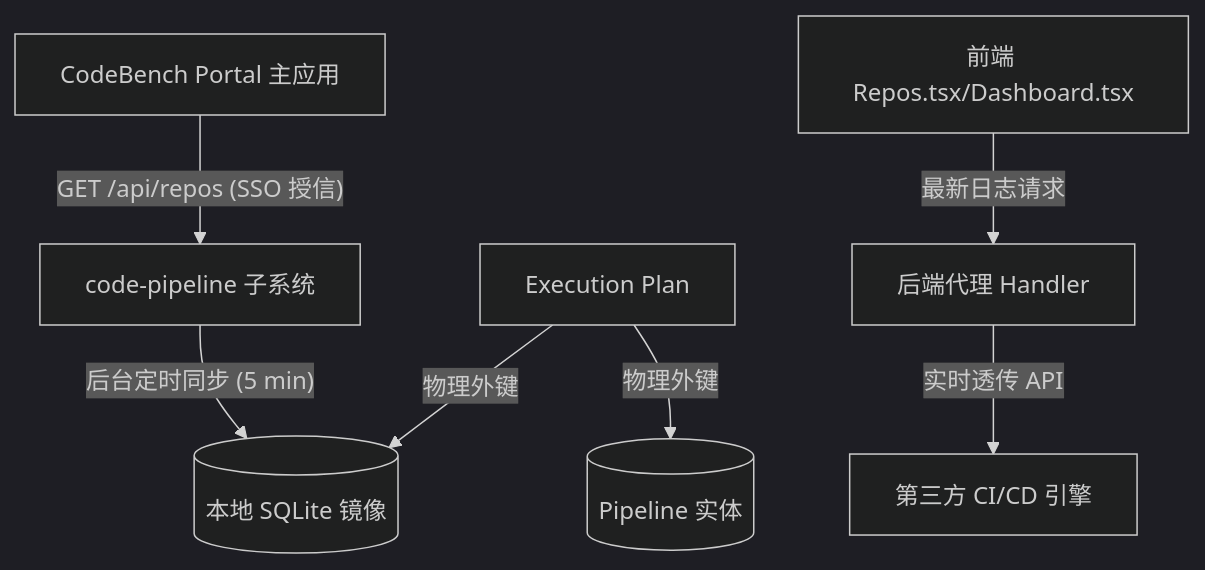
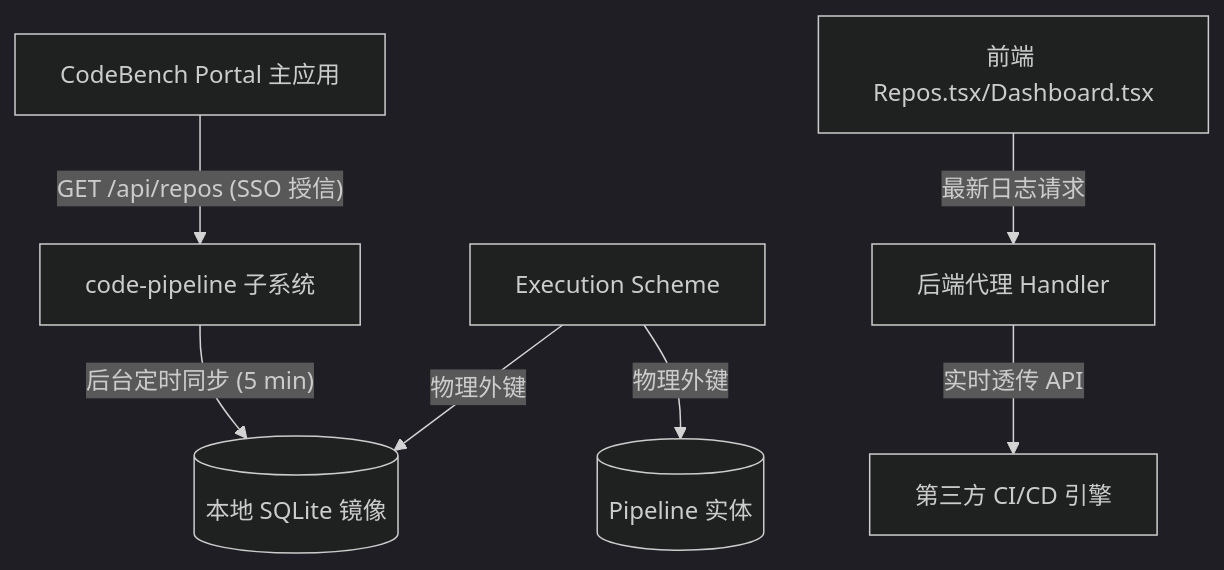
The diagram in README.md (fugui/code-pipeline), drawn with Mermaid (dark theme) before and after one commit. The commit also changed other lines of this file and 14 other files, not shown here.

````diff
--- a/README.md
+++ b/README.md
@@ -19,9 +19,9 @@
 ```mermaid
 graph TD
     CB[CodeBench Portal 主应用] -- "GET /api/repos (SSO 授信)" --> CP[code-pipeline 子系统]
     CP -- "后台定时同步 (5 min)" --> CP_DB[(本地 SQLite 镜像)]
-    EP[Execution Plan] -->|物理外键| CP_DB
-    EP -->|物理外键| PL[(Pipeline 实体)]
+    ES[Execution Scheme] -->|物理外键| CP_DB
+    ES -->|物理外键| PL[(Pipeline 实体)]
     CP_Web[前端 Repos.tsx/Dashboard.tsx] -- "最新日志请求" --> CP_API[后端代理 Handler]
     CP_API -- "实时透传 API" --> Remote_CI[第三方 CI/CD 引擎]
 ```
````
